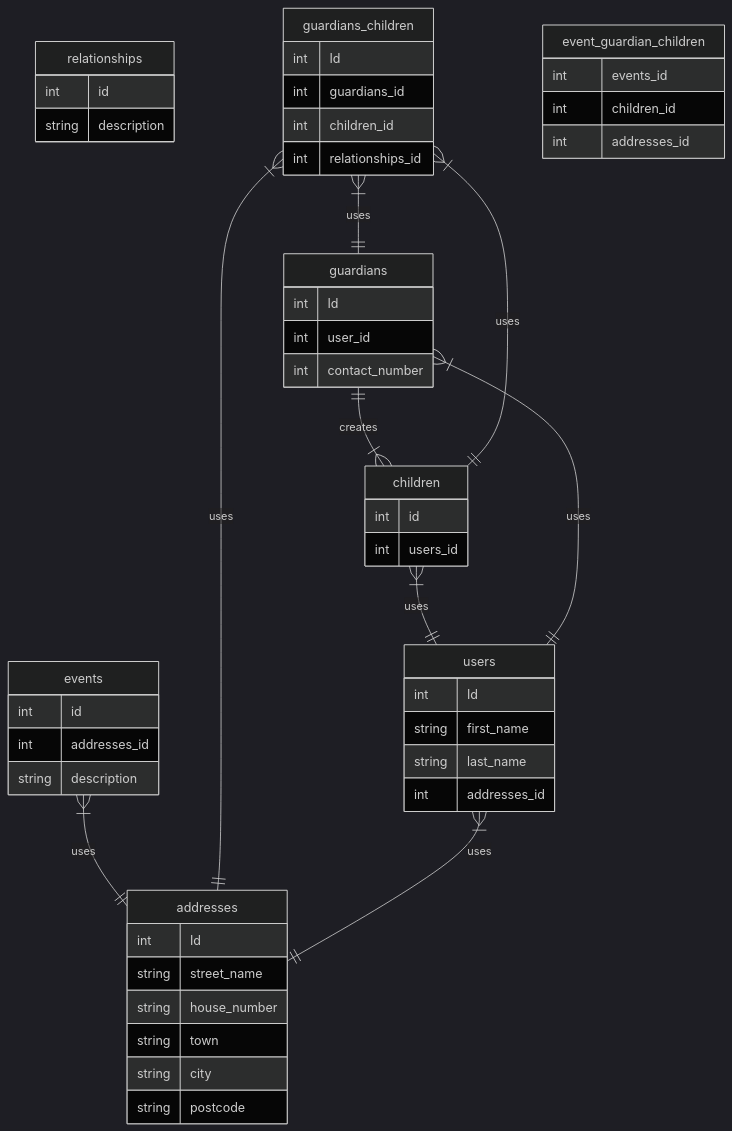
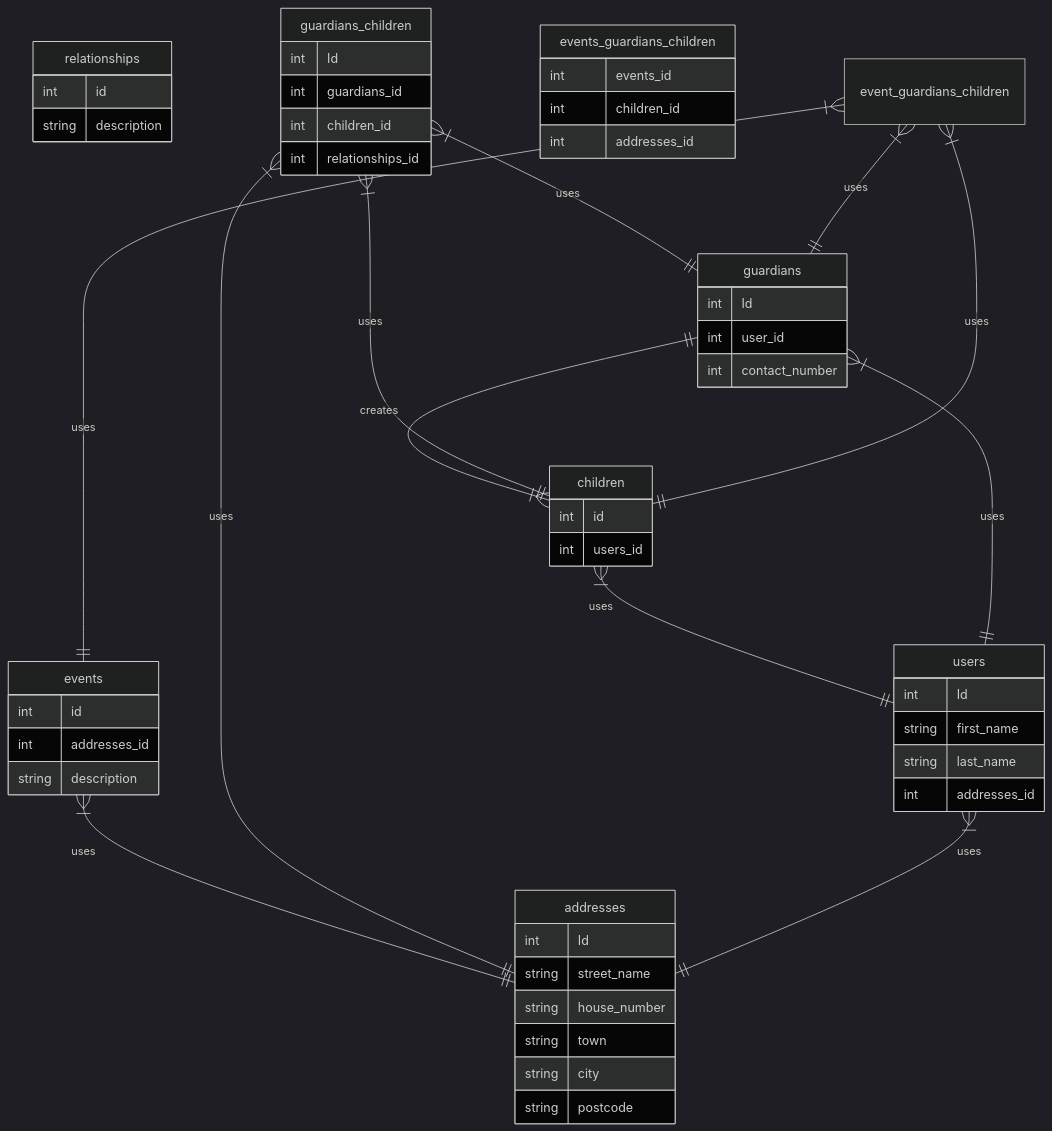
Before and after one commit to ChrisUno/Childcare: the second of 2 diagrams in README.md, drawn with Mermaid.

````diff
--- a/README.md
+++ b/README.md
@@ -59,59 +59,62 @@
 ``` mermaid
 %%{init: {'theme': 'dark' } }%%
 
 erDiagram
 
     guardians {
         int Id
         int user_id
         int contact_number
     }
     relationships {
         int id
         string description
     }
     children {
         int id
         int users_id
     }
     guardians_children {
         int Id
         int guardians_id
         int children_id
         int relationships_id
     }
     events {
         int id
         int addresses_id
         string description
     }
-    event_guardian_children {
+    events_guardians_children {
         int events_id
         int children_id
         int addresses_id
     }
     addresses {
         int Id
         string street_name
         string house_number
         string town
         string city
         string postcode
     }
     users {
         int Id
         string first_name
         string last_name
         int addresses_id
     }
 
     guardians ||--|{ children: "creates"
     children }|--|| users: "uses"
     events }|--|| addresses: "uses"
     guardians }|--|| users: "uses"
     guardians_children }|--|| guardians: "uses"
     guardians_children }|--|| children: "uses"
     guardians_children }|--|| addresses: "uses"
     users }|--|| addresses: "uses"
+    event_guardians_children }|--|| guardians: "uses"
+    event_guardians_children }|--|| events: "uses"
+    event_guardians_children }|--|| children: "uses"
 
 ```
````
